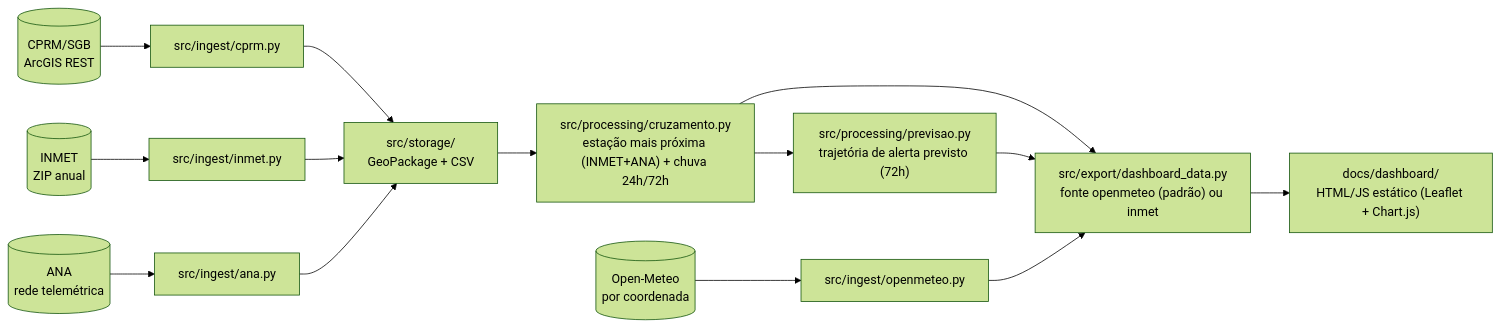
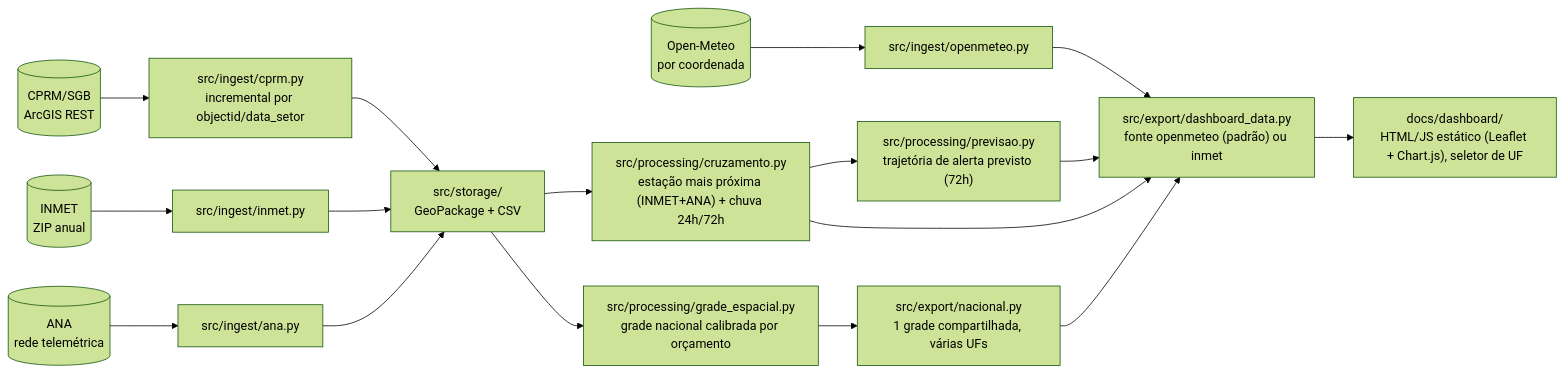
Before and after one commit to hcristosm/ORCA: the diagram in README.md, drawn with Mermaid (forest theme). The commit also changed other lines of this file, not shown here.

First line of the commit message:
docs: atualizar README para a cobertura nacional (27 UFs)

````diff
--- a/README.md
+++ b/README.md
@@ -89,16 +90,19 @@
 ```mermaid
 flowchart LR
-    CPRM[("CPRM/SGB<br/>ArcGIS REST")] --> ING1["src/ingest/cprm.py"]
+    CPRM[("CPRM/SGB<br/>ArcGIS REST")] --> ING1["src/ingest/cprm.py<br/>incremental por objectid/data_setor"]
     INMET[("INMET<br/>ZIP anual")] --> ING2["src/ingest/inmet.py"]
     ANA[("ANA<br/>rede telemétrica")] --> ING3["src/ingest/ana.py"]
     OM[("Open-Meteo<br/>por coordenada")] --> ING4["src/ingest/openmeteo.py"]
     ING1 --> STORE["src/storage/<br/>GeoPackage + CSV"]
     ING2 --> STORE
     ING3 --> STORE
     STORE --> PROC["src/processing/cruzamento.py<br/>estação mais próxima (INMET+ANA) + chuva 24h/72h"]
+    STORE --> GRADE["src/processing/grade_espacial.py<br/>grade nacional calibrada por orçamento"]
+    GRADE --> NAC["src/export/nacional.py<br/>1 grade compartilhada, várias UFs"]
     PROC --> PREV["src/processing/previsao.py<br/>trajetória de alerta previsto (72h)"]
     PROC --> EXPORT["src/export/dashboard_data.py<br/>fonte openmeteo (padrão) ou inmet"]
+    NAC --> EXPORT
     PREV --> EXPORT
     ING4 --> EXPORT
-    EXPORT --> DASH["docs/dashboard/<br/>HTML/JS estático (Leaflet + Chart.js)"]
+    EXPORT --> DASH["docs/dashboard/<br/>HTML/JS estático (Leaflet + Chart.js), seletor de UF"]
 ```
````
